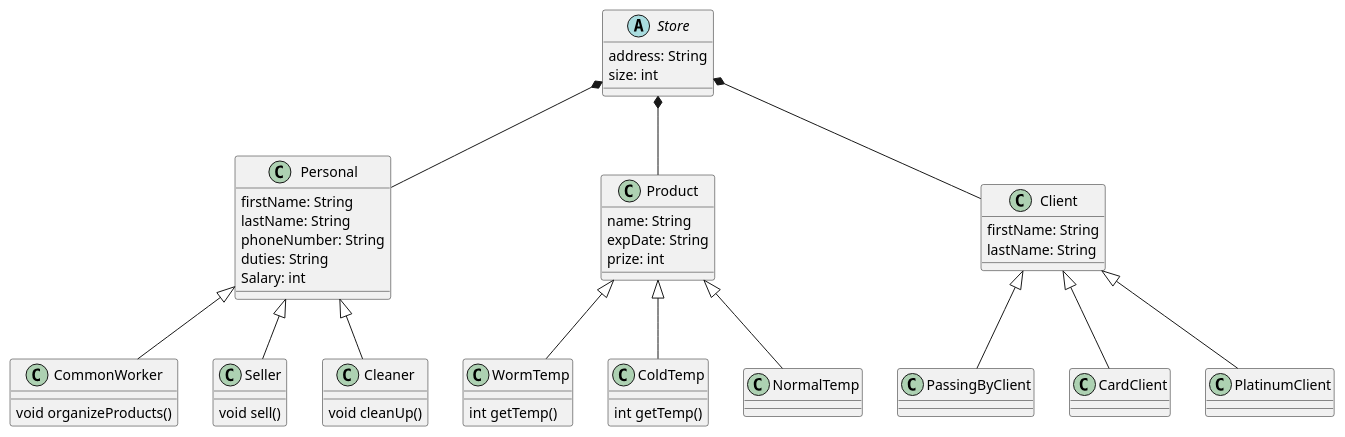
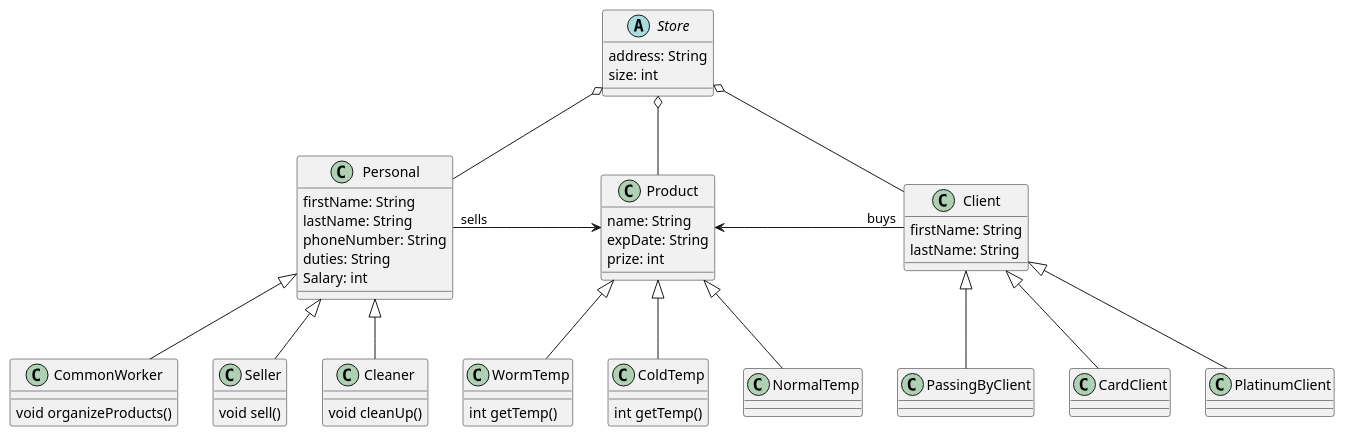
Before and after one commit to KrasimirRaikov/Course: the diagram in src/com/clouway/objects/Store.puml, drawn with PlantUML. The commit also changed 16 other files, not shown here.

```diff
--- a/src/com/clouway/objects/Store.puml
+++ b/src/com/clouway/objects/Store.puml
@@ -1,54 +1,56 @@
 @startuml
 
 abstract Store{
 address: String
 size: int
 }
 
 class Personal{
 firstName: String
 lastName: String
 phoneNumber: String
 duties: String
 Salary: int
 }
 class CommonWorker extends Personal{
 void organizeProducts()
 }
 class Seller extends Personal{
 void sell()
 }
 class Cleaner extends Personal{
 void cleanUp()
 }
 
 class Product{
 name: String
 expDate: String
 prize: int
 }
 class WormTemp extends Product{
 int getTemp()
 }
 class ColdTemp extends Product{
 int getTemp()
 }
 class NormalTemp extends Product{
 
 }
 class Client{
 firstName: String
 lastName: String
 }
 class PassingByClient extends Client{
 }
 class CardClient extends Client{
 }
 class PlatinumClient extends Client{
 }
 
-Store *-- Personal
-Store *-- Product
-Store *-- Client
+Store o-- Personal
+Store o-- Product
+Store o-- Client
+Personal "sells"->Product
+Product<- "buys"Client
 
 @enduml
```
